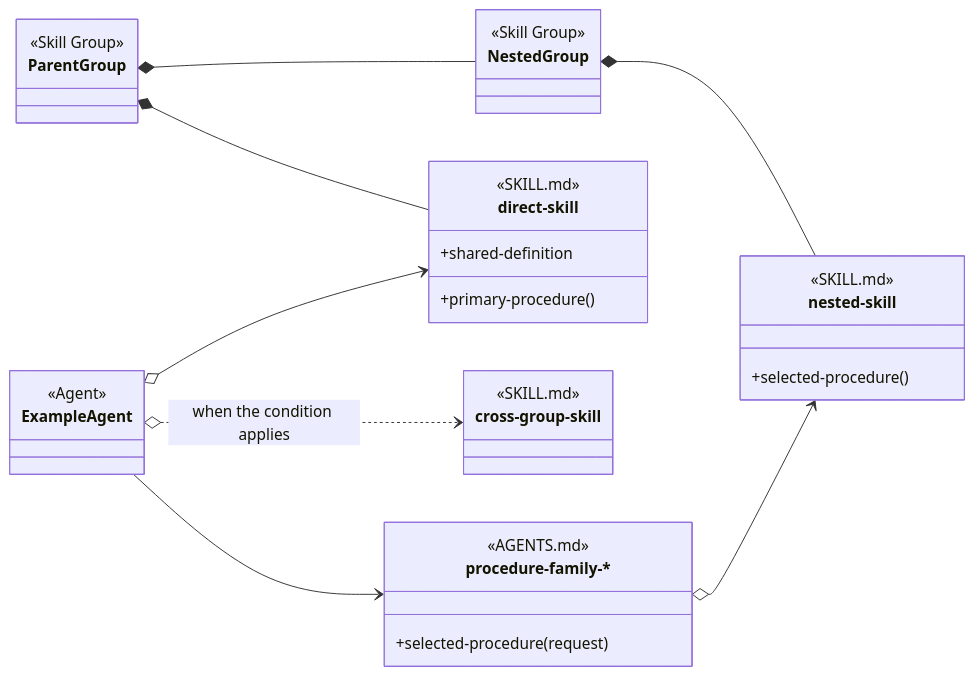
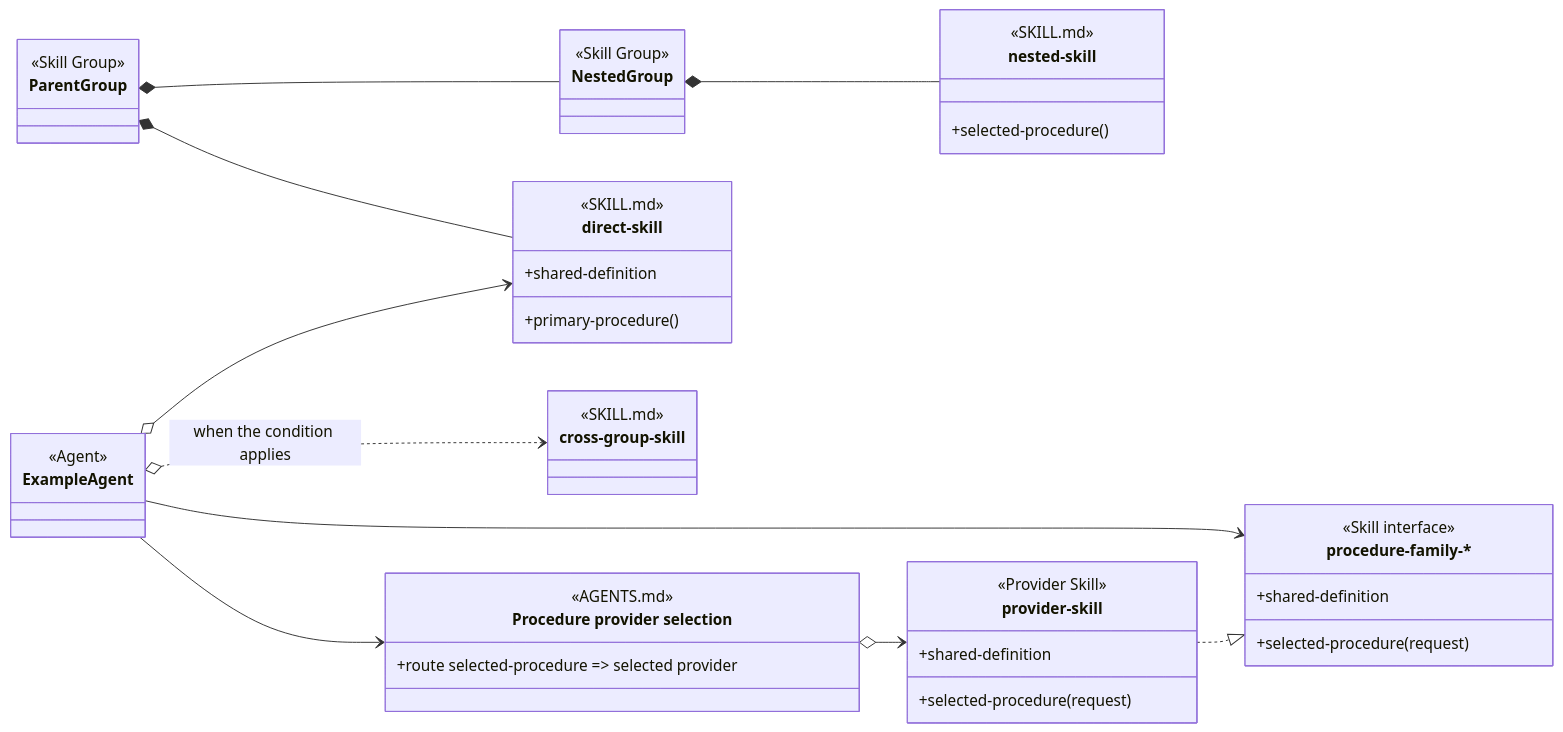
Before and after one commit to martinbechard/dev-methodology: the diagram in design/object-oriented-skill-group-models.md, drawn with Mermaid. The commit also changed other lines of this file and 8 other files, not shown here.

Commit message:
docs: apply skill interface notation to group designs

````diff
--- a/design/object-oriented-skill-group-models.md
+++ b/design/object-oriented-skill-group-models.md
@@ -38,49 +45,62 @@
 ```mermaid
 classDiagram
     direction LR
 
     class ExampleAgent {
         <<Agent>>
     }
 
     class ParentGroup {
         <<Skill Group>>
     }
 
     class NestedGroup {
         <<Skill Group>>
     }
 
     class direct-skill {
         <<SKILL.md>>
         <<Agent Skill>>
         +primary-procedure()
         +shared-definition
     }
 
     class nested-skill {
         <<SKILL.md>>
-        <<Injectable Skill>>
         +selected-procedure()
     }
 
     class cross-group-skill {
         <<SKILL.md>>
         <<Cross-group>>
     }
 
-    class ProcedureFamily["procedure-family-*"] {
+    class ProcedureInterface["procedure-family-*"] {
+        <<Skill interface>>
+        +shared-definition
+        +selected-procedure(request)
+    }
+
+    class ProcedureFactory["Procedure provider selection"] {
         <<AGENTS.md>>
         <<routing>>
+        +route selected-procedure => selected provider
+    }
+
+    class provider-skill {
+        <<Provider Skill>>
+        +shared-definition
         +selected-procedure(request)
     }
 
     ParentGroup *-- direct-skill
     ParentGroup *-- NestedGroup
     NestedGroup *-- nested-skill
 
     ExampleAgent o--> direct-skill
     ExampleAgent o..> cross-group-skill : when the condition applies
-    ExampleAgent --> ProcedureFamily
-    ProcedureFamily o--> nested-skill
+    ExampleAgent --> ProcedureInterface
+    ExampleAgent --> ProcedureFactory
+    ProcedureFactory o--> provider-skill
+    provider-skill ..|> ProcedureInterface
 ```
````
